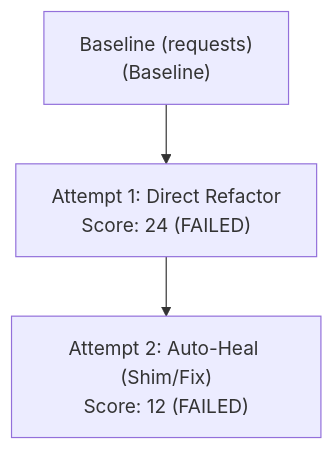
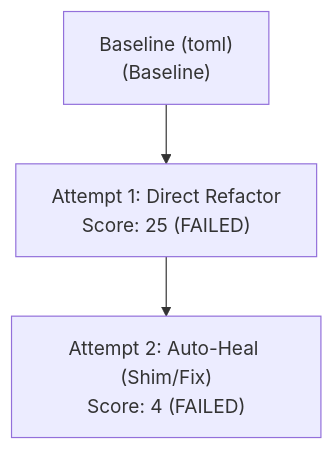
The diagram in CAPSULE.md (Aarya-2601/H26_Heckers_Kavach), drawn with Mermaid before and after one commit. The commit also changed other lines of this file and 20 other files, not shown here.

Commit message:
feat: make auto-heal, live gemma-4 API, capsule generators, and web platform fully dynamic

````diff
--- a/CAPSULE.md
+++ b/CAPSULE.md
@@ -16,10 +16,10 @@
 ```mermaid
 graph TD
-    node_0["Baseline (requests)<br/>(Baseline)"]
-    node_1["Attempt 1: Direct Refactor<br/>Score: 24 (FAILED)"]
+    node_0["Baseline (toml)<br/>(Baseline)"]
+    node_1["Attempt 1: Direct Refactor<br/>Score: 25 (FAILED)"]
     node_0 --> node_1
-    node_2["Attempt 2: Auto-Heal (Shim/Fix)<br/>Score: 12 (FAILED)"]
+    node_2["Attempt 2: Auto-Heal (Shim/Fix)<br/>Score: 4 (FAILED)"]
     node_1 --> node_2
     classDef passed fill:#2ea44f,stroke:#22863a,color:#fff;
     classDef failed fill:#cb2431,stroke:#b31d28,color:#fff;
 ```
````
